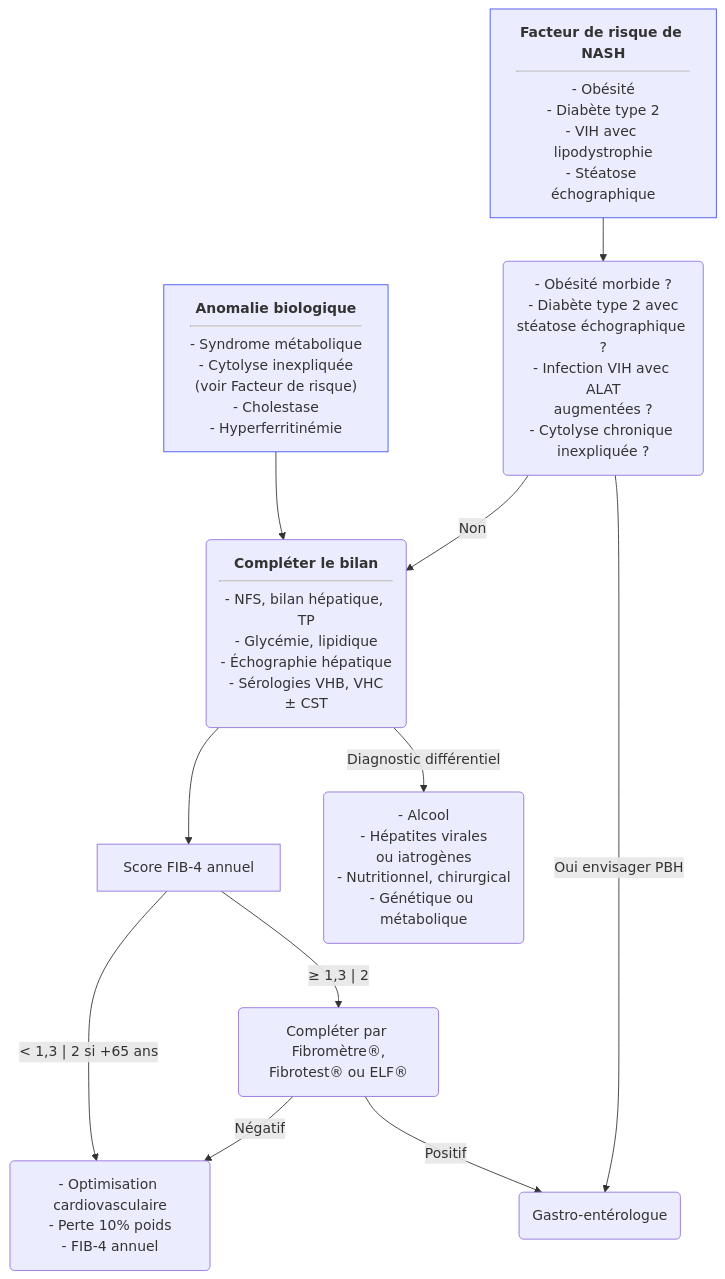
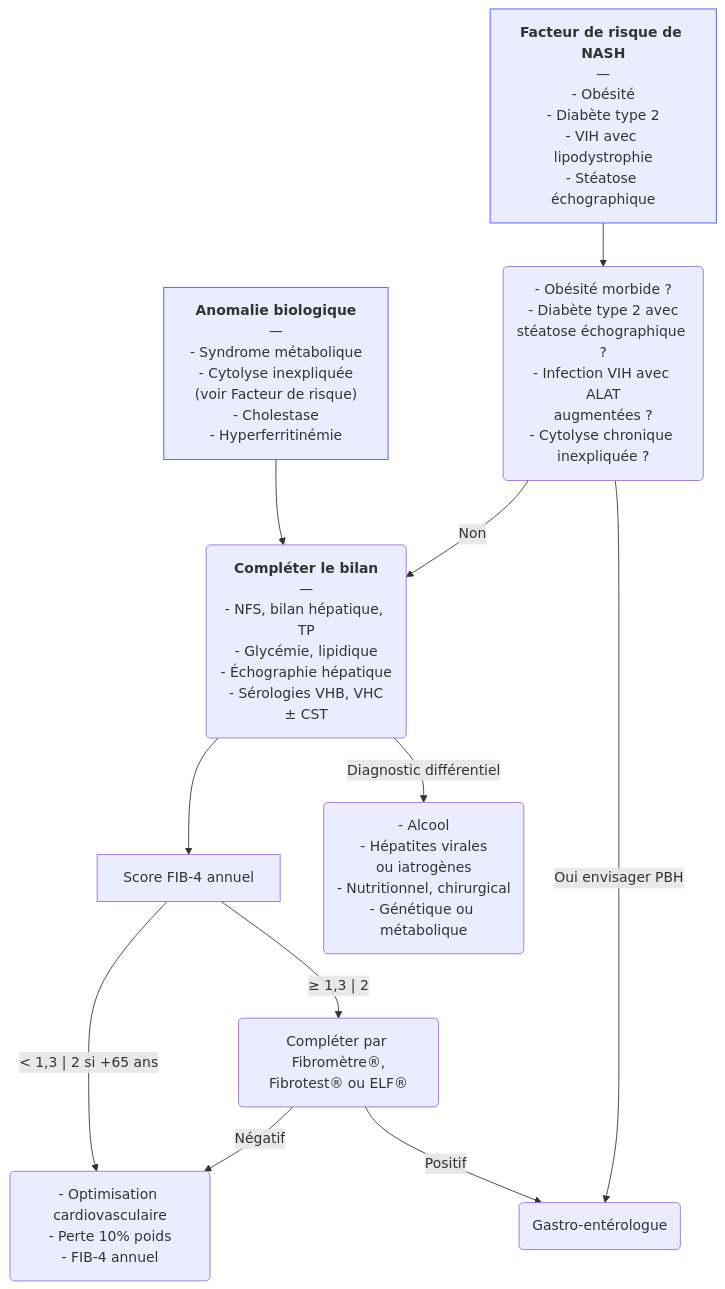
The diagram in content/recommandations/steatose-hepatique-et-nash.md (djibe/recommandations-medicales), drawn with Mermaid before and after one commit. The commit also changed 51 other files, not shown here.

```diff
--- a/content/recommandations/steatose-hepatique-et-nash.md
+++ b/content/recommandations/steatose-hepatique-et-nash.md
@@ -206,16 +206,16 @@
 {{< mermaid title="Prise en charge de la stéatohépatite non alcoolique (NASH). Dr JB Fron d'après AFEF 2020 et SNFGE/AFEF 2019">}}
 graph TB
-  anomalie["<strong>Anomalie biologique</strong><hr>- Syndrome métabolique<br>- Cytolyse inexpliquée<br>(voir Facteur de risque)<br>- Cholestase<br>- Hyperferritinémie"] --> bilan
+  anomalie["<strong>Anomalie biologique</strong><br>—<br>- Syndrome métabolique<br>- Cytolyse inexpliquée<br>(voir Facteur de risque)<br>- Cholestase<br>- Hyperferritinémie"] --> bilan
   style anomalie stroke:#4150f5, stroke-width:1px
-  fdr["<strong>Facteur de risque de NASH</strong><hr>- Obésité<br>- Diabète type 2<br>- VIH avec lipodystrophie<br>- Stéatose échographique"] --> hautRisque("- Obésité morbide ?<br>- Diabète type 2 avec<br>stéatose échographique ?<br>- Infection VIH avec ALAT<br>augmentées ?<br>- Cytolyse chronique inexpliquée ?")
+  fdr["<strong>Facteur de risque de NASH</strong><br>—<br>- Obésité<br>- Diabète type 2<br>- VIH avec lipodystrophie<br>- Stéatose échographique"] --> hautRisque("- Obésité morbide ?<br>- Diabète type 2 avec<br>stéatose échographique ?<br>- Infection VIH avec ALAT<br>augmentées ?<br>- Cytolyse chronique inexpliquée ?")
   hautRisque -- Non --> bilan
   hautRisque -- Oui envisager PBH--> gastro
-  bilan("<strong>Compléter le bilan</strong><hr>- NFS, bilan hépatique, TP<br>- Glycémie, lipidique<br>- Échographie hépatique<br>- Sérologies VHB, VHC<br>&plusmn; CST")
+  bilan("<strong>Compléter le bilan</strong><br>—<br>- NFS, bilan hépatique, TP<br>- Glycémie, lipidique<br>- Échographie hépatique<br>- Sérologies VHB, VHC<br>&plusmn; CST")
     bilan --> fib4[Score FIB-4 annuel]
       fib4 -- "&lt; 1,3 | 2 si +65 ans" --> rhd("- Optimisation cardiovasculaire<br>- Perte 10% poids<br>- FIB-4 annuel")
       fib4 -- "≥ 1,3 | 2" --> nonInvasif("Compléter par Fibromètre®,<br>Fibrotest® ou ELF®")
         nonInvasif -- Négatif --> rhd
         nonInvasif -- Positif --> gastro(Gastro-entérologue)
     bilan -- Diagnostic différentiel --> differentiel("- Alcool<br>- Hépatites virales<br>ou iatrogènes<br>- Nutritionnel, chirurgical<br>- Génétique ou métabolique")
   style fdr stroke:#4150f5, stroke-width:1px
 {{< /mermaid >}}
```
